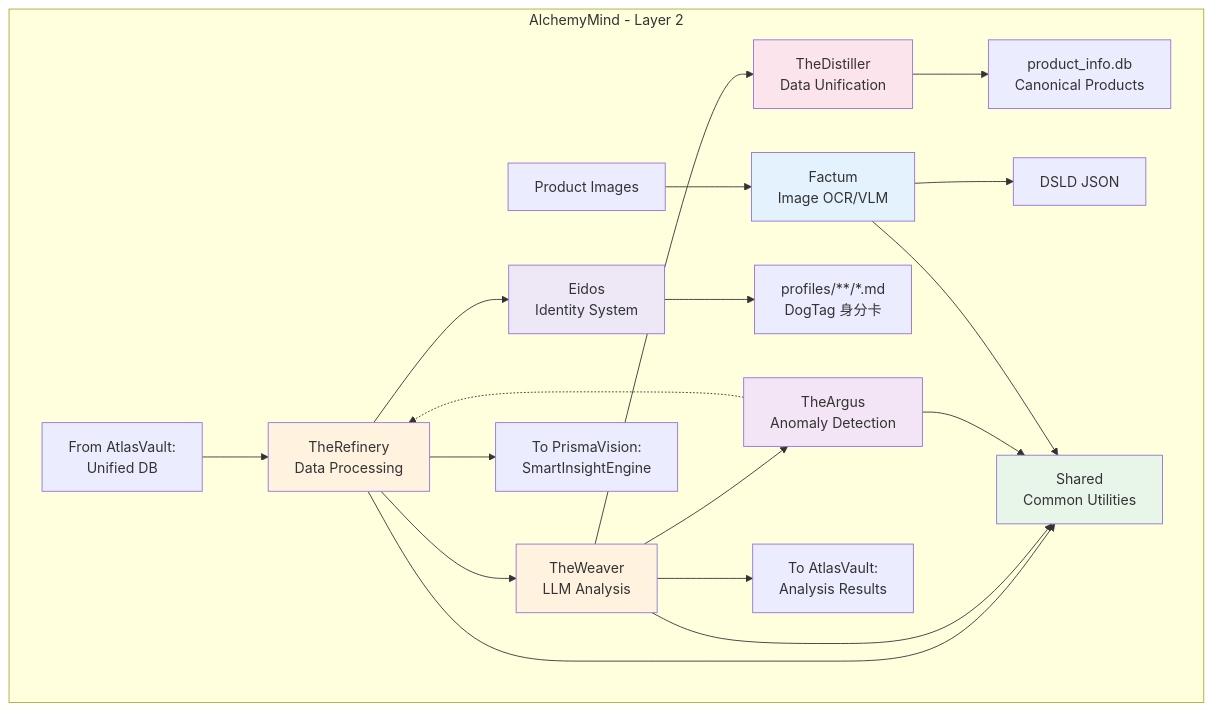
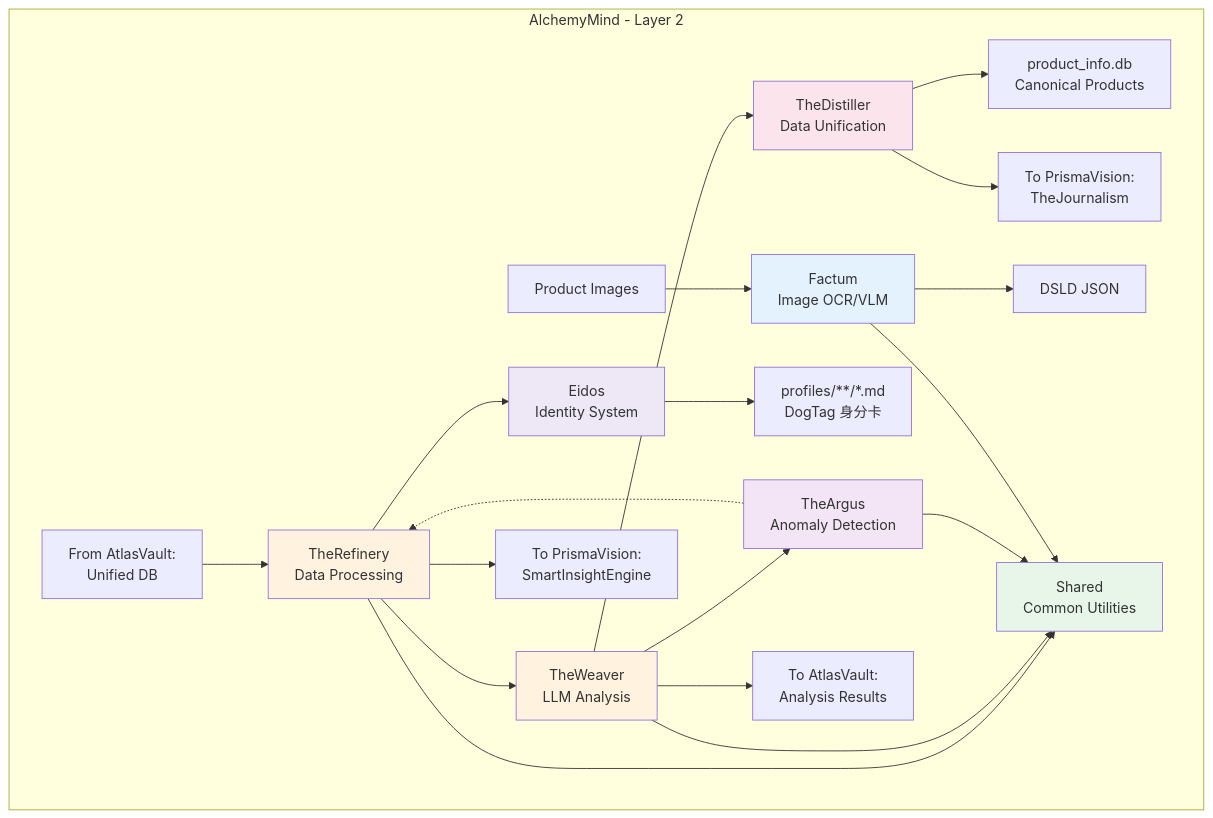
One commit to mapleelpam/LuminNexus-LearningMap changed the first of 2 diagrams in projects/alchemymind/00_overview.md. Above: the diagram before and after it, drawn with Mermaid. The commit also changed other lines of this file and 5 other files, not shown here.

First line of the commit message:
docs(thejournalism): 新增資料詮釋層文檔，定位於 PrismaVision (Layer 3)

````diff
--- a/projects/alchemymind/00_overview.md
+++ b/projects/alchemymind/00_overview.md
@@ -54,45 +54,46 @@
 ```mermaid
 graph TB
     subgraph "AlchemyMind - Layer 2"
         IN[From AtlasVault:<br/>Unified DB]
         IMG[Product Images]
 
         R[TheRefinery<br/>Data Processing]
         W[TheWeaver<br/>LLM Analysis]
         A[TheArgus<br/>Anomaly Detection]
         D[TheDistiller<br/>Data Unification]
         F[Factum<br/>Image OCR/VLM]
         E[Eidos<br/>Identity System]
         S[Shared<br/>Common Utilities]
 
         IN --> R
         R --> W
         W --> A
         A -.-> R
 
         W --> D
         D --> PDB[product_info.db<br/>Canonical Products]
+        D --> OUT3[To PrismaVision:<br/>TheJournalism]
 
         R --> E
         E --> DT[profiles/**/*.md<br/>DogTag 身分卡]
 
         IMG --> F
         F --> DSLD[DSLD JSON]
 
         R --> S
         W --> S
         A --> S
         F --> S
 
         W --> OUT1[To AtlasVault:<br/>Analysis Results]
         R --> OUT2[To PrismaVision:<br/>SmartInsightEngine]
     end
 
     style R fill:#fff3e0
     style W fill:#fff3e0
     style A fill:#f3e5f5
     style D fill:#fce4ec
     style F fill:#e3f2fd
     style E fill:#ede7f6
     style S fill:#e8f5e9
 ```
````
